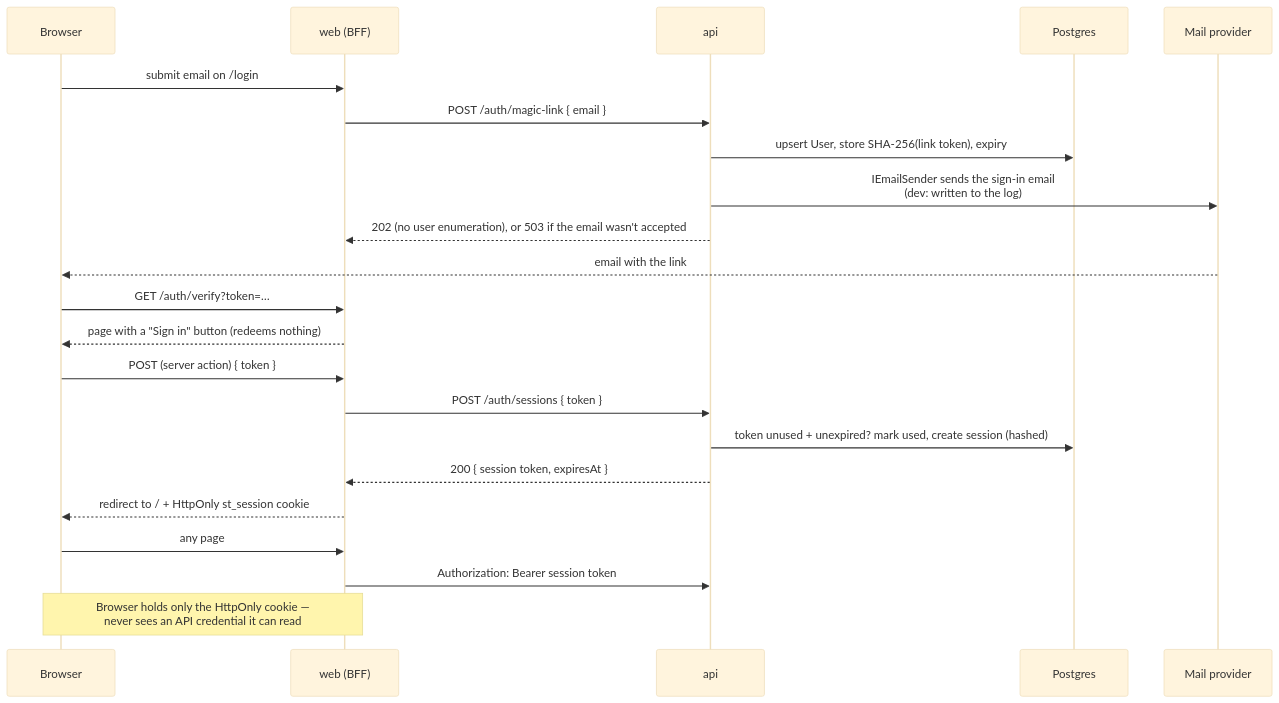
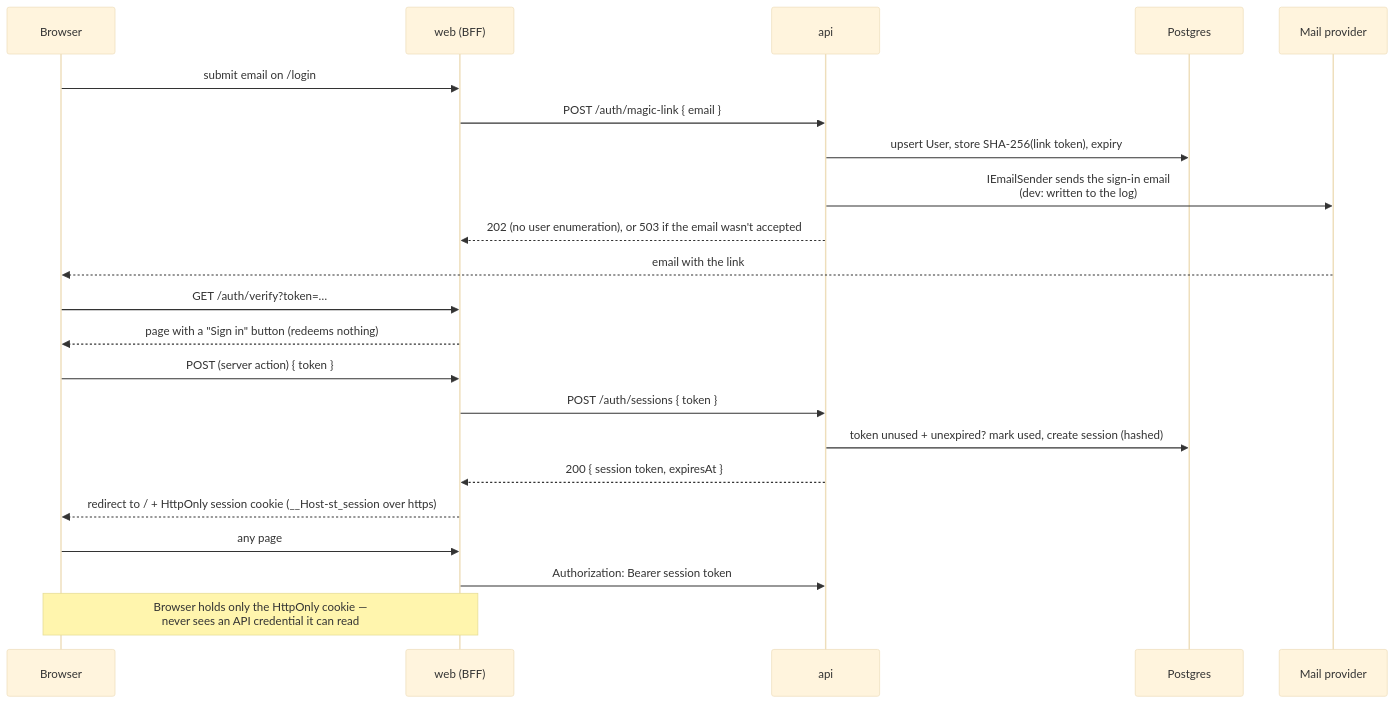
One commit to l1em1on1/social-tennis changed the third of 11 diagrams in docs/architecture.md. Above: the diagram before and after it, drawn with Mermaid (base theme). The commit also changed other lines of this file and 13 other files, not shown here.

````diff
--- a/docs/architecture.md
+++ b/docs/architecture.md
@@ -52,25 +52,25 @@
 ```mermaid
 sequenceDiagram
     participant B as Browser
     participant W as web (BFF)
     participant A as api
     participant P as Postgres
     participant M as Mail provider
 
     B->>W: submit email on /login
     W->>A: POST /auth/magic-link { email }
     A->>P: upsert User, store SHA-256(link token), expiry
     A->>M: IEmailSender sends the sign-in email<br/>(dev: written to the log)
     A-->>W: 202 (no user enumeration), or 503 if the email wasn't accepted
     M-->>B: email with the link
     B->>W: GET /auth/verify?token=…
     W-->>B: page with a "Sign in" button (redeems nothing)
     B->>W: POST (server action) { token }
     W->>A: POST /auth/sessions { token }
     A->>P: token unused + unexpired? mark used, create session (hashed)
     A-->>W: 200 { session token, expiresAt }
-    W-->>B: redirect to / + HttpOnly st_session cookie
+    W-->>B: redirect to / + HttpOnly session cookie (__Host-st_session over https)
     B->>W: any page
     W->>A: Authorization: Bearer session token
     Note over B,W: Browser holds only the HttpOnly cookie —<br/>never sees an API credential it can read
 ```
````
